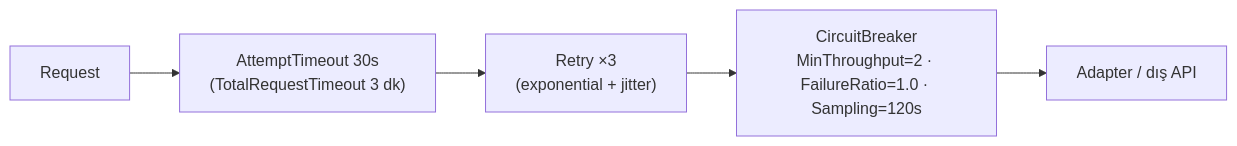
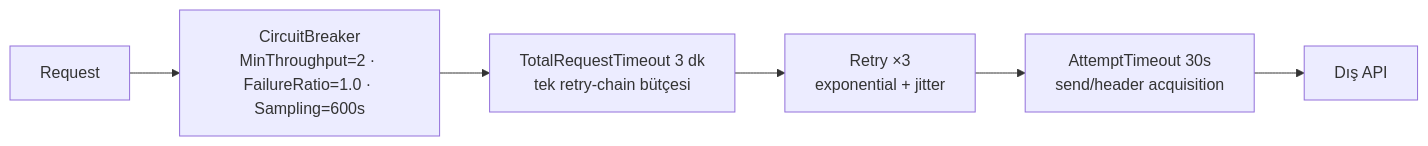
One commit to cemililik/Saydin.Services changed the fourth of 6 diagrams in docs/architecture.md. Above: the diagram before and after it, drawn with Mermaid. The commit also changed other lines of this file and 397 other files, not shown here.

````diff
--- a/docs/architecture.md
+++ b/docs/architecture.md
@@ -91,7 +91,8 @@
 ```mermaid
 flowchart LR
-    Req["Request"] --> T["AttemptTimeout 30s<br/>(TotalRequestTimeout 3 dk)"]
-    T --> Rt["Retry ×3<br/>(exponential + jitter)"]
-    Rt --> CB["CircuitBreaker<br/>MinThroughput=2 · FailureRatio=1.0 · Sampling=120s"]
-    CB --> Ad["Adapter / dış API"]
+    Req["Request"] --> CB["CircuitBreaker<br/>MinThroughput=2 · FailureRatio=1.0 · Sampling=600s"]
+    CB --> Total["TotalRequestTimeout 3 dk<br/>tek retry-chain bütçesi"]
+    Total --> Rt["Retry ×3<br/>exponential + jitter"]
+    Rt --> T["AttemptTimeout 30s<br/>send/header acquisition"]
+    T --> Ad["Dış API"]
 ```
````
